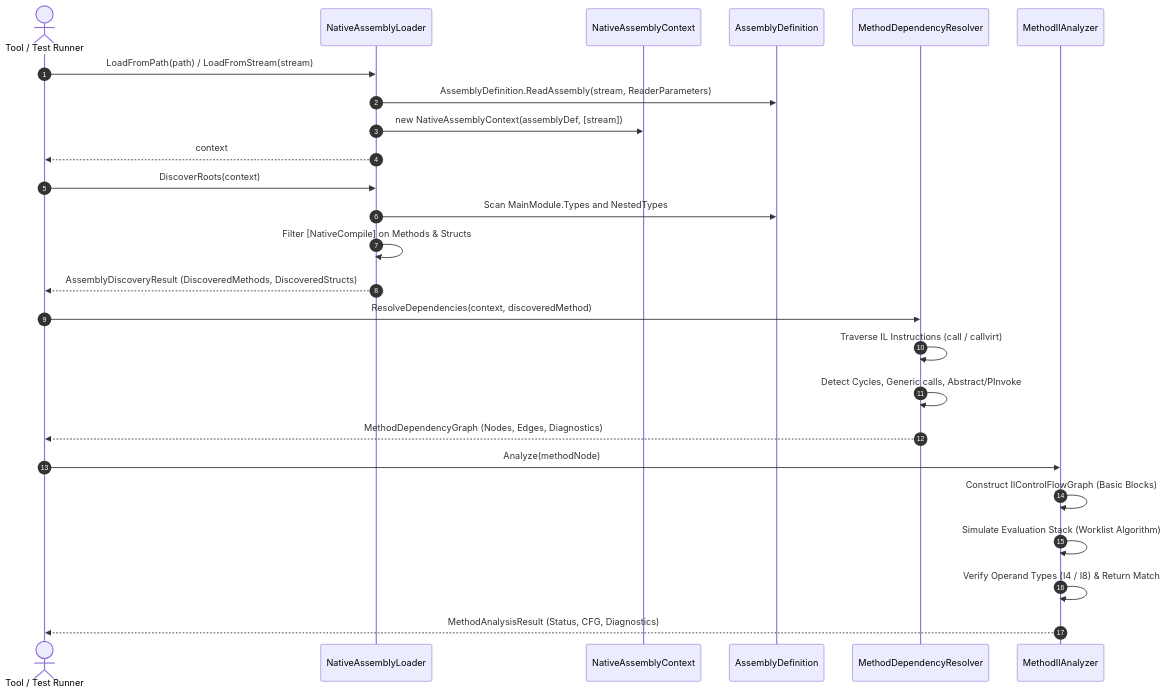
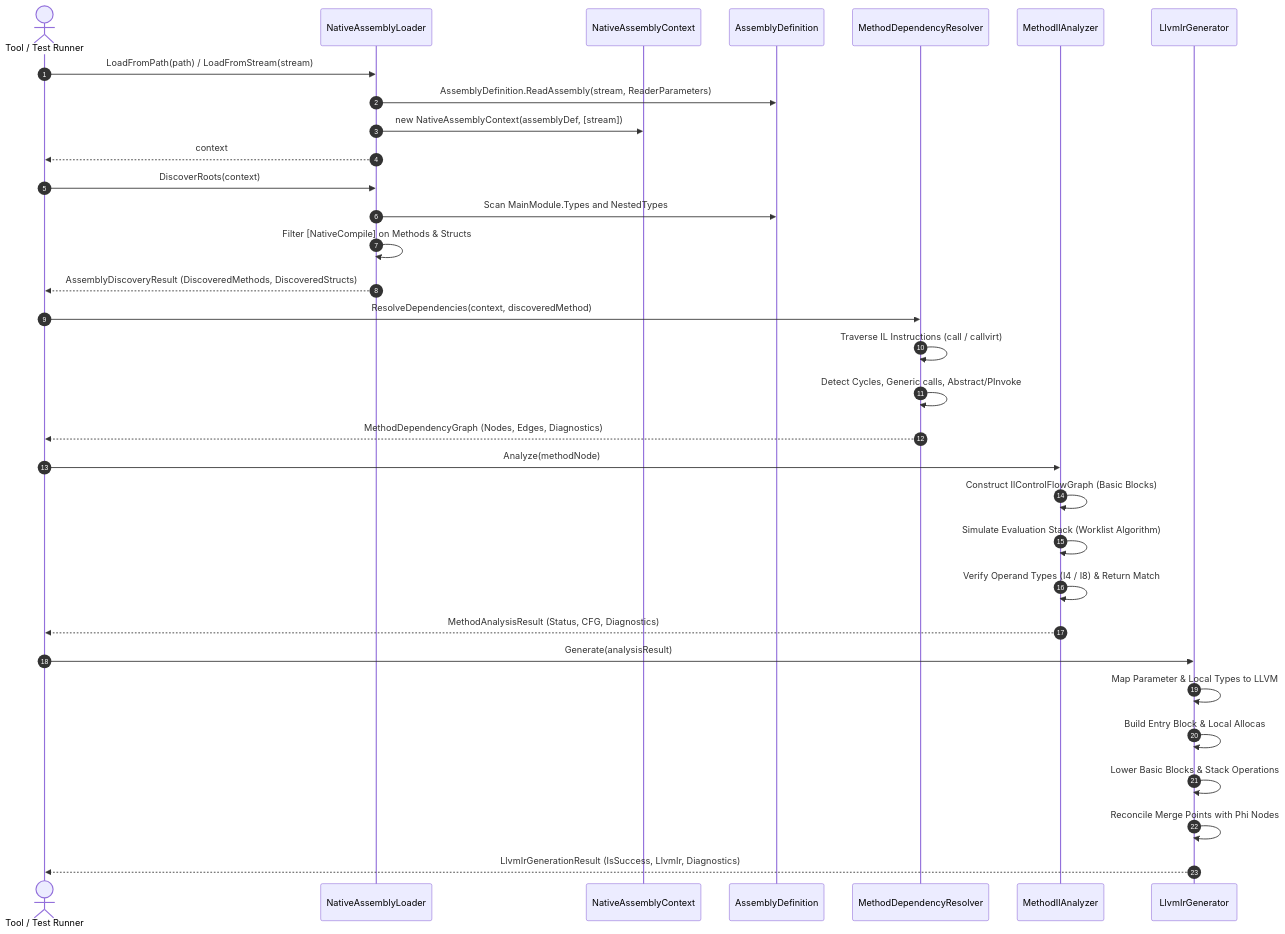
Before and after one commit to nyanworkz/Axiom.Native: the second of 2 diagrams in docs/architecture.md, drawn with Mermaid. The commit also changed other lines of this file and 14 other files, not shown here.

````diff
--- a/docs/architecture.md
+++ b/docs/architecture.md
@@ -90,31 +94,39 @@
 ```mermaid
 sequenceDiagram
     autonumber
     actor Caller as Tool / Test Runner
     participant Loader as NativeAssemblyLoader
     participant Ctx as NativeAssemblyContext
     participant Cecil as AssemblyDefinition
     participant Resolver as MethodDependencyResolver
     participant Analyzer as MethodIlAnalyzer
+    participant Generator as LlvmIrGenerator
 
     Caller->>Loader: LoadFromPath(path) / LoadFromStream(stream)
     Loader->>Cecil: AssemblyDefinition.ReadAssembly(stream, ReaderParameters)
     Loader->>Ctx: new NativeAssemblyContext(assemblyDef, [stream])
     Loader-->>Caller: context
 
     Caller->>Loader: DiscoverRoots(context)
     Loader->>Cecil: Scan MainModule.Types and NestedTypes
     Loader->>Loader: Filter [NativeCompile] on Methods & Structs
     Loader-->>Caller: AssemblyDiscoveryResult (DiscoveredMethods, DiscoveredStructs)
 
     Caller->>Resolver: ResolveDependencies(context, discoveredMethod)
     Resolver->>Resolver: Traverse IL Instructions (call / callvirt)
     Resolver->>Resolver: Detect Cycles, Generic calls, Abstract/PInvoke
     Resolver-->>Caller: MethodDependencyGraph (Nodes, Edges, Diagnostics)
 
     Caller->>Analyzer: Analyze(methodNode)
     Analyzer->>Analyzer: Construct IlControlFlowGraph (Basic Blocks)
     Analyzer->>Analyzer: Simulate Evaluation Stack (Worklist Algorithm)
     Analyzer->>Analyzer: Verify Operand Types (I4 / I8) & Return Match
     Analyzer-->>Caller: MethodAnalysisResult (Status, CFG, Diagnostics)
+
+    Caller->>Generator: Generate(analysisResult)
+    Generator->>Generator: Map Parameter & Local Types to LLVM
+    Generator->>Generator: Build Entry Block & Local Allocas
+    Generator->>Generator: Lower Basic Blocks & Stack Operations
+    Generator->>Generator: Reconcile Merge Points with Phi Nodes
+    Generator-->>Caller: LlvmIrGenerationResult (IsSuccess, LlvmIr, Diagnostics)
 ```
````
